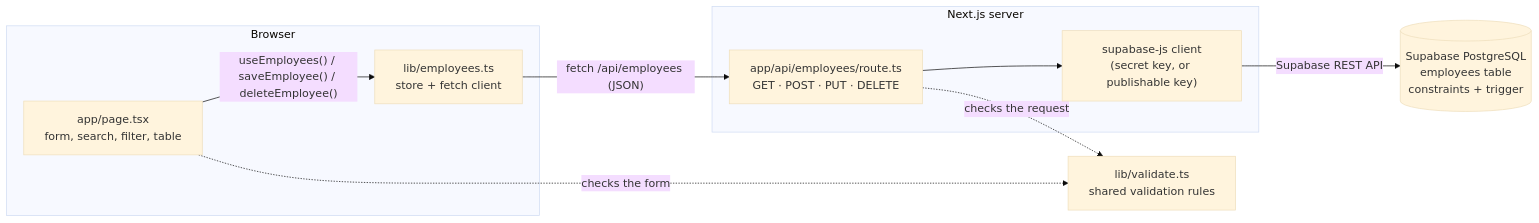
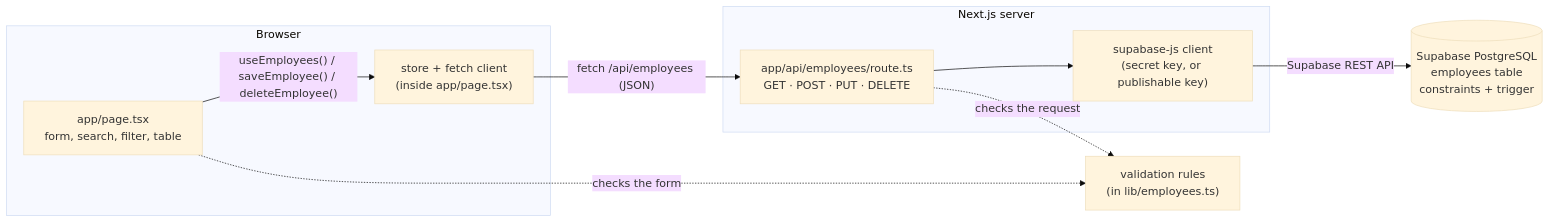
Before and after one commit to Satheshwaran26/ems: the first of 4 diagrams in SPEC.md, drawn with Mermaid (base theme). The commit also changed other lines of this file and 8 other files, not shown here.

````diff
--- a/SPEC.md
+++ b/SPEC.md
@@ -36,19 +36,19 @@
 ```mermaid
 flowchart LR
   subgraph Browser
     P["app/page.tsx<br/>form, search, filter, table"]
-    S["lib/employees.ts<br/>store + fetch client"]
+    S["store + fetch client<br/>(inside app/page.tsx)"]
     P -- "useEmployees() / saveEmployee() / deleteEmployee()" --> S
   end
-  V["lib/validate.ts<br/>shared validation rules"]
+  V["validation rules<br/>(in lib/employees.ts)"]
   subgraph Next.js server
     R["app/api/employees/route.ts<br/>GET · POST · PUT · DELETE"]
     SB["supabase-js client<br/>(secret key, or publishable key)"]
     R --> SB
   end
   DB[("Supabase PostgreSQL<br/>employees table<br/>constraints + trigger")]
   P -. "checks the form" .-> V
   R -. "checks the request" .-> V
   S -- "fetch /api/employees (JSON)" --> R
   SB -- "Supabase REST API" --> DB
 ```
````
